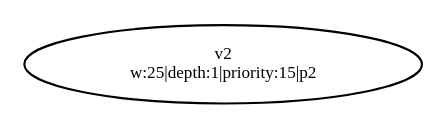
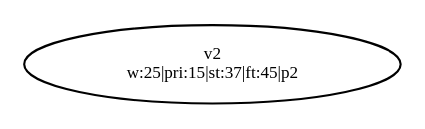
Before and after one commit to dexters1/Task-Scheduling-Based-on-Genetic-Algorithms: the diagram in PythonApplication1/PythonApplication1/test-output/slika_1_Simplified.gv, drawn with Graphviz. The commit also changed 51 other files, not shown here.

Commit message:
Finished unitTesting for Graph + Processor modules

```diff
--- a/PythonApplication1/PythonApplication1/test-output/slika_1_Simplified.gv
+++ b/PythonApplication1/PythonApplication1/test-output/slika_1_Simplified.gv
@@ -1,4 +1,4 @@
 digraph {
 	v2 [label="v2
-w:25|depth:1|priority:15|p2" fontsize=8.0]
+w:25|pri:15|st:37|ft:45|p2" fontsize=8.0]
 }
```
